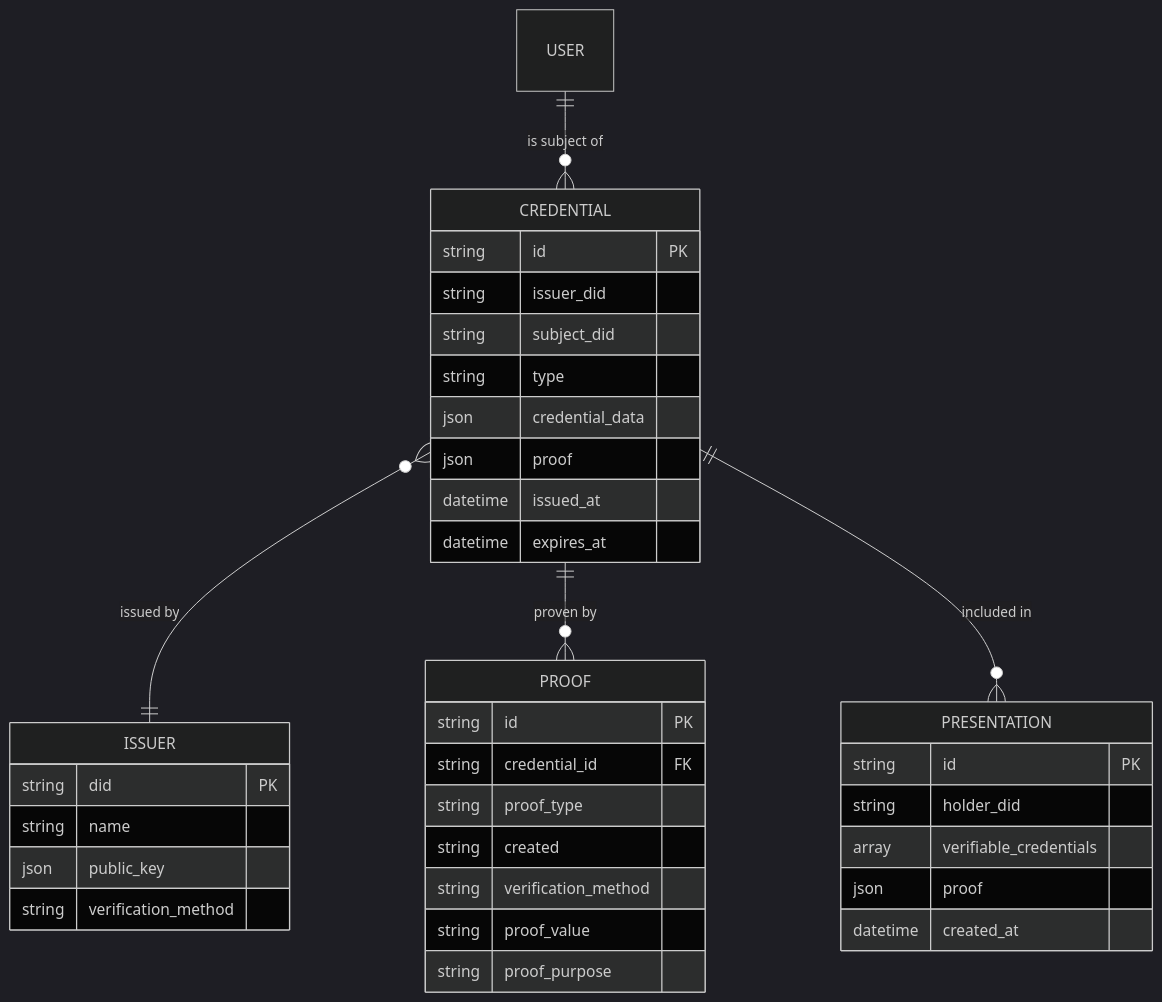
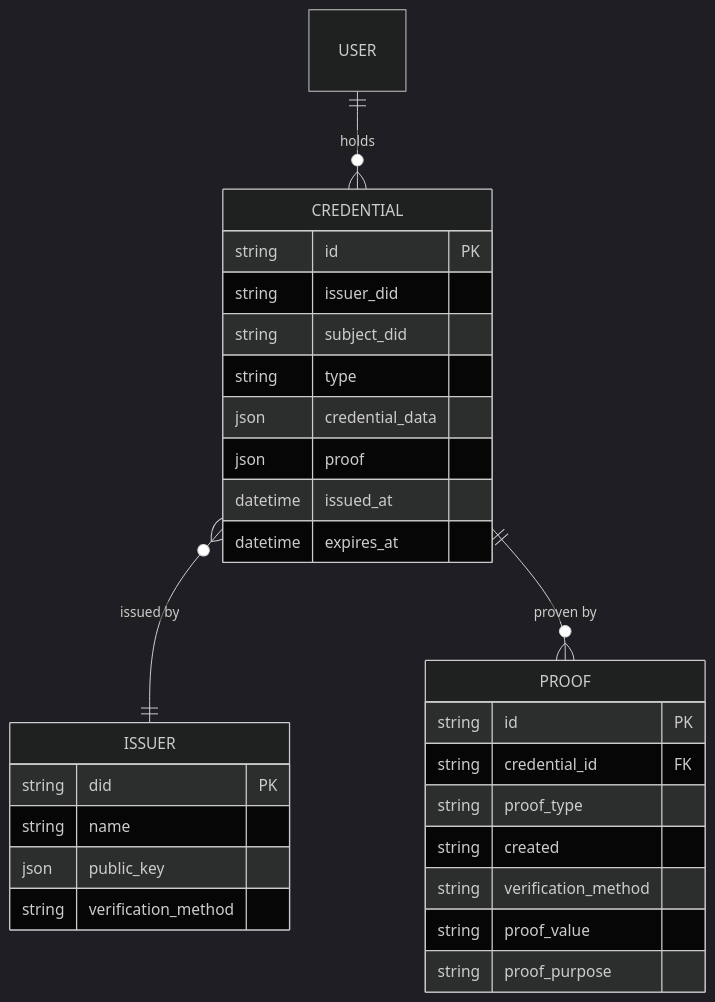
One commit to syr-is/syr changed the sixth of 19 diagrams in Architecture.md. Above: the diagram before and after it, drawn with Mermaid (dark theme). The commit also changed other lines of this file and 491 other files, not shown here.

````diff
--- a/Architecture.md
+++ b/Architecture.md
@@ -227,43 +265,34 @@
 ```mermaid
 erDiagram
-    USER ||--o{ CREDENTIAL : "is subject of"
+    USER ||--o{ CREDENTIAL : "holds"
     CREDENTIAL }o--|| ISSUER : "issued by"
     CREDENTIAL ||--o{ PROOF : "proven by"
-    CREDENTIAL ||--o{ PRESENTATION : "included in"
 
     CREDENTIAL {
         string id PK
         string issuer_did
         string subject_did
         string type
         json credential_data
         json proof
         datetime issued_at
         datetime expires_at
     }
 
     PROOF {
         string id PK
         string credential_id FK
         string proof_type
         string created
         string verification_method
         string proof_value
         string proof_purpose
     }
 
-    PRESENTATION {
-        string id PK
-        string holder_did
-        array verifiable_credentials
-        json proof
-        datetime created_at
-    }
-
     ISSUER {
         string did PK
         string name
         json public_key
         string verification_method
     }
 ```
````
